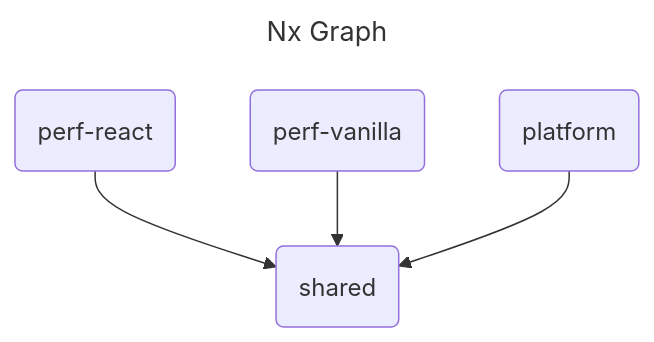
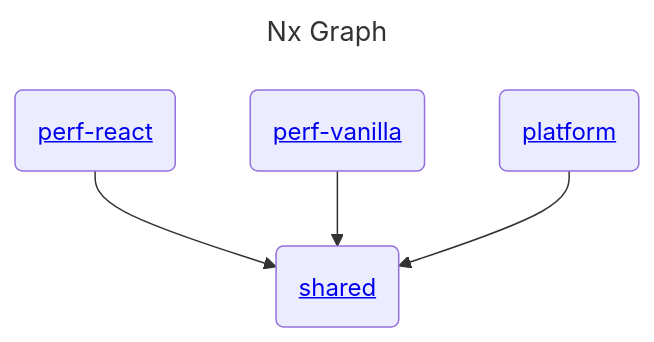
One commit to abelpz/bible-lexical-editor changed the diagram in README.md. Above: the diagram before and after it, drawn with Mermaid. The commit also changed other lines of this file and 1 other file, not shown here.

Commit message:
fix clicks in mermaid diagrams in READMEs

````diff
--- a/README.md
+++ b/README.md
@@ -31,14 +31,9 @@
 ```mermaid
 ---
 title: Nx Graph
 ---
 graph TB
-  R(perf-react) --> S(shared)
-  V(perf-vanilla) --> S
-  P(platform) --> S
-
-  click R "https://github.com/abelpz/bible-lexical-editor/tree/main/packages/perf-react"
-  click V "https://github.com/abelpz/bible-lexical-editor/tree/main/packages/perf-vanilla"
-  click P "https://github.com/abelpz/bible-lexical-editor/tree/main/packages/platform"
-  click S "https://github.com/abelpz/bible-lexical-editor/tree/main/packages/shared"
+  R(<a href='/abelpz/bible-lexical-editor/tree/main/packages/perf-react'>perf-react</a>) --> S(<a href='/abelpz/bible-lexical-editor/tree/main/packages/shared'>shared</a>)
+  V(<a href='/abelpz/bible-lexical-editor/tree/main/packages/perf-vanilla'>perf-vanilla</a>) --> S
+  P(<a href='/abelpz/bible-lexical-editor/tree/main/packages/platform'>platform</a>) --> S
 ```
````
